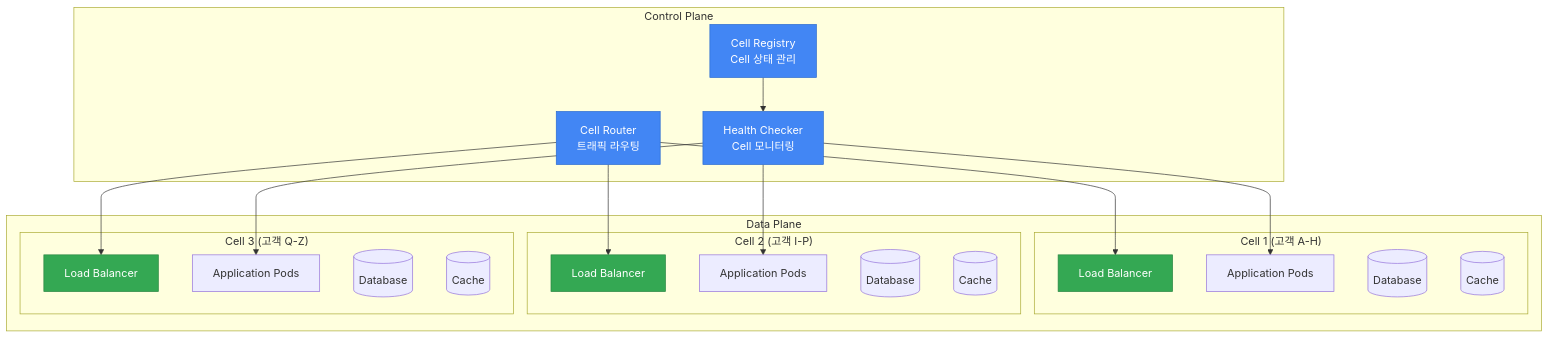
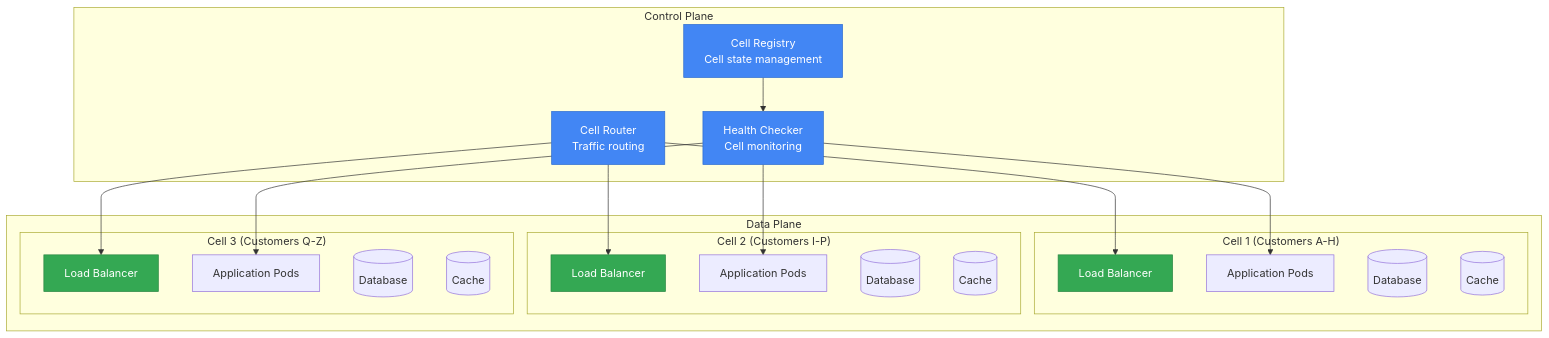
One commit to devfloor9/engineering-playbook changed the fourth of 7 diagrams in docs/eks-best-practices/operations-reliability/eks-resiliency-guide.md. Above: the diagram before and after it, drawn with Mermaid. The commit also changed other lines of this file and 954 other files, not shown here.

````diff
--- a/docs/eks-best-practices/operations-reliability/eks-resiliency-guide.md
+++ b/docs/eks-best-practices/operations-reliability/eks-resiliency-guide.md
@@ -472,46 +472,46 @@
 ```mermaid
 flowchart TB
     subgraph "Control Plane"
-        CR[Cell Router<br/>트래픽 라우팅]
-        REG[Cell Registry<br/>Cell 상태 관리]
-        HC[Health Checker<br/>Cell 모니터링]
+        CR[Cell Router<br/>Traffic routing]
+        REG[Cell Registry<br/>Cell state management]
+        HC[Health Checker<br/>Cell monitoring]
     end
 
     subgraph "Data Plane"
-        subgraph "Cell 1 (고객 A-H)"
+        subgraph "Cell 1 (Customers A-H)"
             C1_LB[Load Balancer]
             C1_APP[Application Pods]
             C1_DB[(Database)]
             C1_CACHE[(Cache)]
         end
 
-        subgraph "Cell 2 (고객 I-P)"
+        subgraph "Cell 2 (Customers I-P)"
             C2_LB[Load Balancer]
             C2_APP[Application Pods]
             C2_DB[(Database)]
             C2_CACHE[(Cache)]
         end
 
-        subgraph "Cell 3 (고객 Q-Z)"
+        subgraph "Cell 3 (Customers Q-Z)"
             C3_LB[Load Balancer]
             C3_APP[Application Pods]
             C3_DB[(Database)]
             C3_CACHE[(Cache)]
         end
     end
 
     CR --> C1_LB
     CR --> C2_LB
     CR --> C3_LB
     REG --> HC
     HC --> C1_APP
     HC --> C2_APP
     HC --> C3_APP
 
     style CR fill:#4286f4,stroke:#2a6acf,color:#fff
     style REG fill:#4286f4,stroke:#2a6acf,color:#fff
     style HC fill:#4286f4,stroke:#2a6acf,color:#fff
     style C1_LB fill:#34a853,stroke:#2a8642,color:#fff
     style C2_LB fill:#34a853,stroke:#2a8642,color:#fff
     style C3_LB fill:#34a853,stroke:#2a8642,color:#fff
 ```
````
